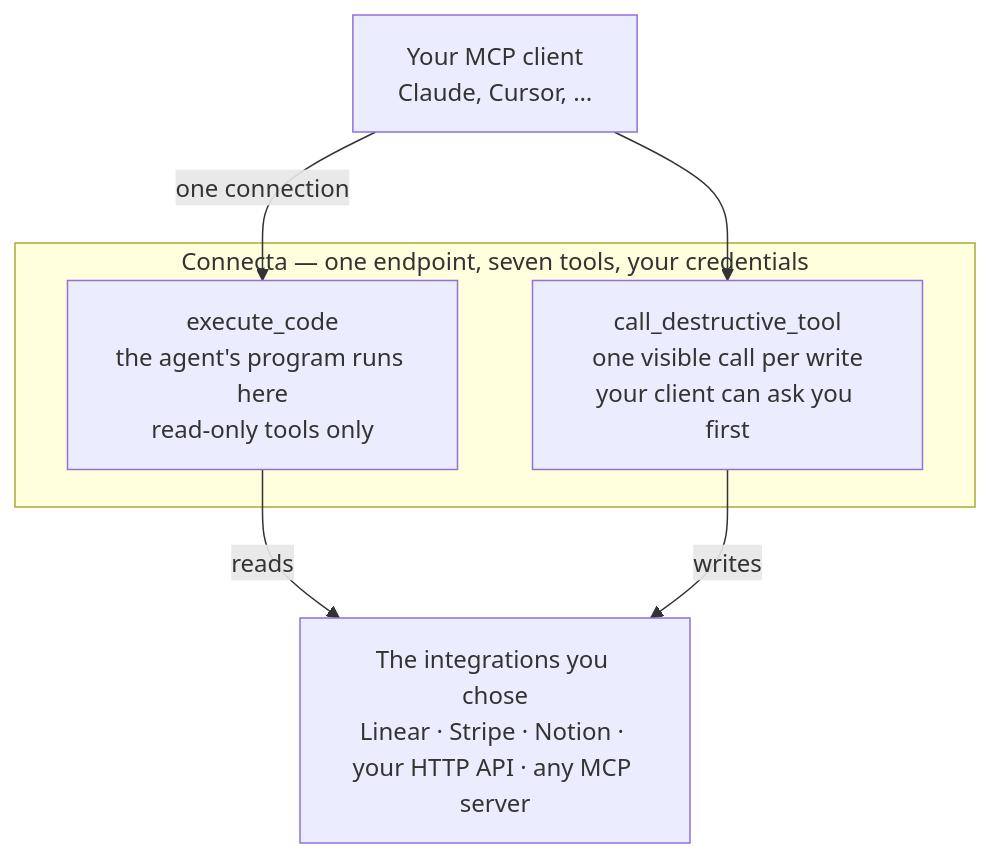
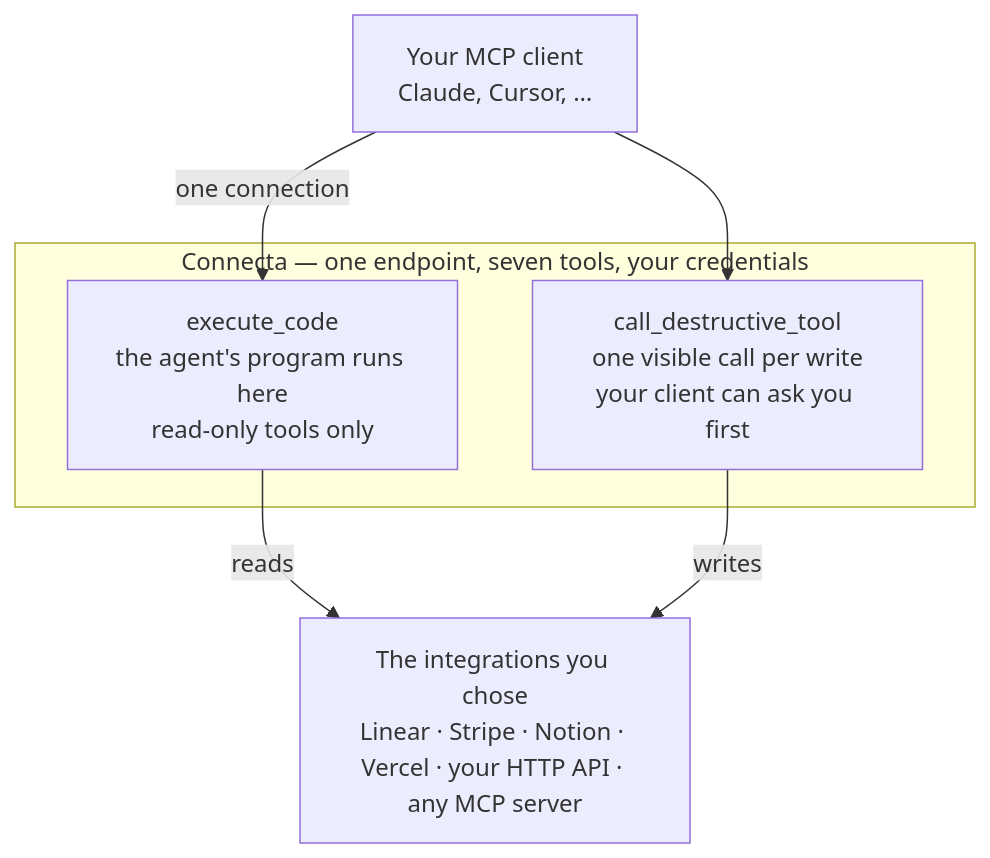
Before and after one commit to zackbart/connecta: the diagram in README.md, drawn with Mermaid. The commit also changed other lines of this file and 23 other files, not shown here.

````diff
--- a/README.md
+++ b/README.md
@@ -27,16 +27,16 @@
 ```mermaid
 flowchart TB
     Client["Your MCP client<br/>Claude, Cursor, …"]
 
     subgraph Connecta["Connecta — one endpoint, seven tools, your credentials"]
         Sandbox["execute_code<br/>the agent's program runs here<br/>read-only tools only"]
         Explicit["call_destructive_tool<br/>one visible call per write<br/>your client can ask you first"]
     end
 
-    Integrations["The integrations you chose<br/>Linear · Stripe · Notion · your HTTP API · any MCP server"]
+    Integrations["The integrations you chose<br/>Linear · Stripe · Notion · Vercel · your HTTP API · any MCP server"]
 
     Client -->|"one connection"| Sandbox
     Client --> Explicit
     Sandbox -->|"reads"| Integrations
     Explicit -->|"writes"| Integrations
 ```
````
